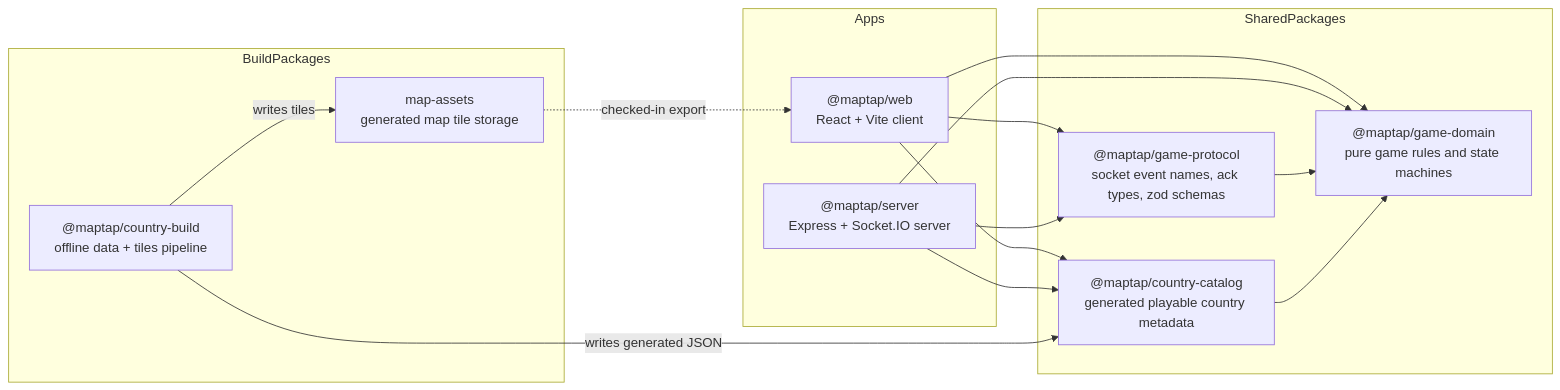
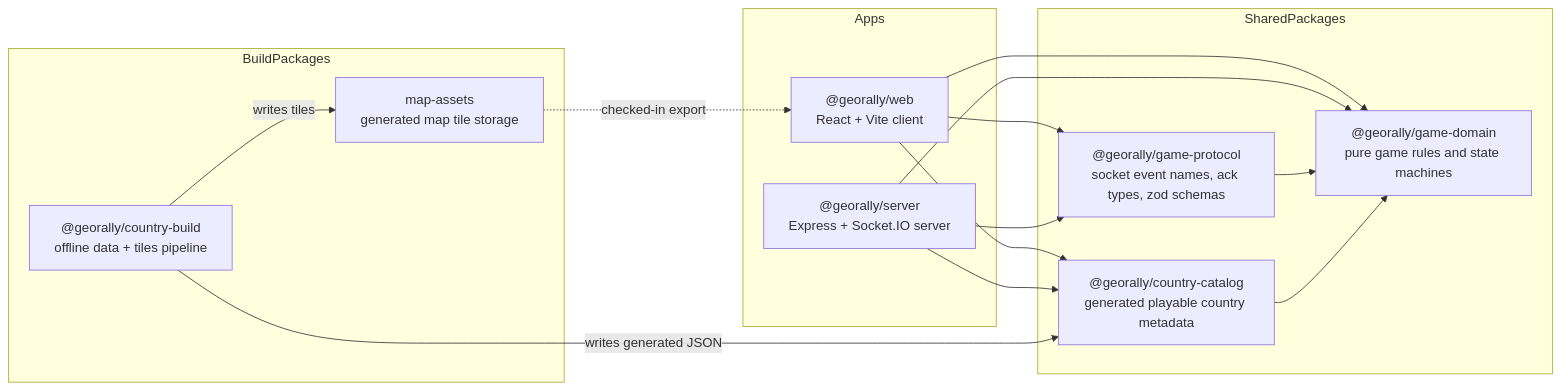
Before and after one commit to atamuratov07/maptap-game: the diagram in README.md, drawn with Mermaid. The commit also changed other lines of this file and 70 other files, not shown here.

````diff
--- a/README.md
+++ b/README.md
@@ -103,30 +103,30 @@
 ```mermaid
 graph LR
     subgraph Apps
-        WEB["@maptap/web<br/>React + Vite client"]
-        SERVER["@maptap/server<br/>Express + Socket.IO server"]
+        WEB["@georally/web<br/>React + Vite client"]
+        SERVER["@georally/server<br/>Express + Socket.IO server"]
     end
 
     subgraph SharedPackages
-        DOMAIN["@maptap/game-domain<br/>pure game rules and state machines"]
-        PROTOCOL["@maptap/game-protocol<br/>socket event names, ack types, zod schemas"]
-        CATALOG["@maptap/country-catalog<br/>generated playable country metadata"]
+        DOMAIN["@georally/game-domain<br/>pure game rules and state machines"]
+        PROTOCOL["@georally/game-protocol<br/>socket event names, ack types, zod schemas"]
+        CATALOG["@georally/country-catalog<br/>generated playable country metadata"]
     end
 
     subgraph BuildPackages
-        BUILD["@maptap/country-build<br/>offline data + tiles pipeline"]
+        BUILD["@georally/country-build<br/>offline data + tiles pipeline"]
         ASSETS["map-assets<br/>generated map tile storage"]
     end
 
     WEB --> DOMAIN
     WEB --> PROTOCOL
     WEB --> CATALOG
     SERVER --> DOMAIN
     SERVER --> PROTOCOL
     SERVER --> CATALOG
     PROTOCOL --> DOMAIN
     CATALOG --> DOMAIN
     BUILD -->|writes generated JSON| CATALOG
     BUILD -->|writes tiles| ASSETS
     ASSETS -.->|checked-in export| WEB
 ```
````
